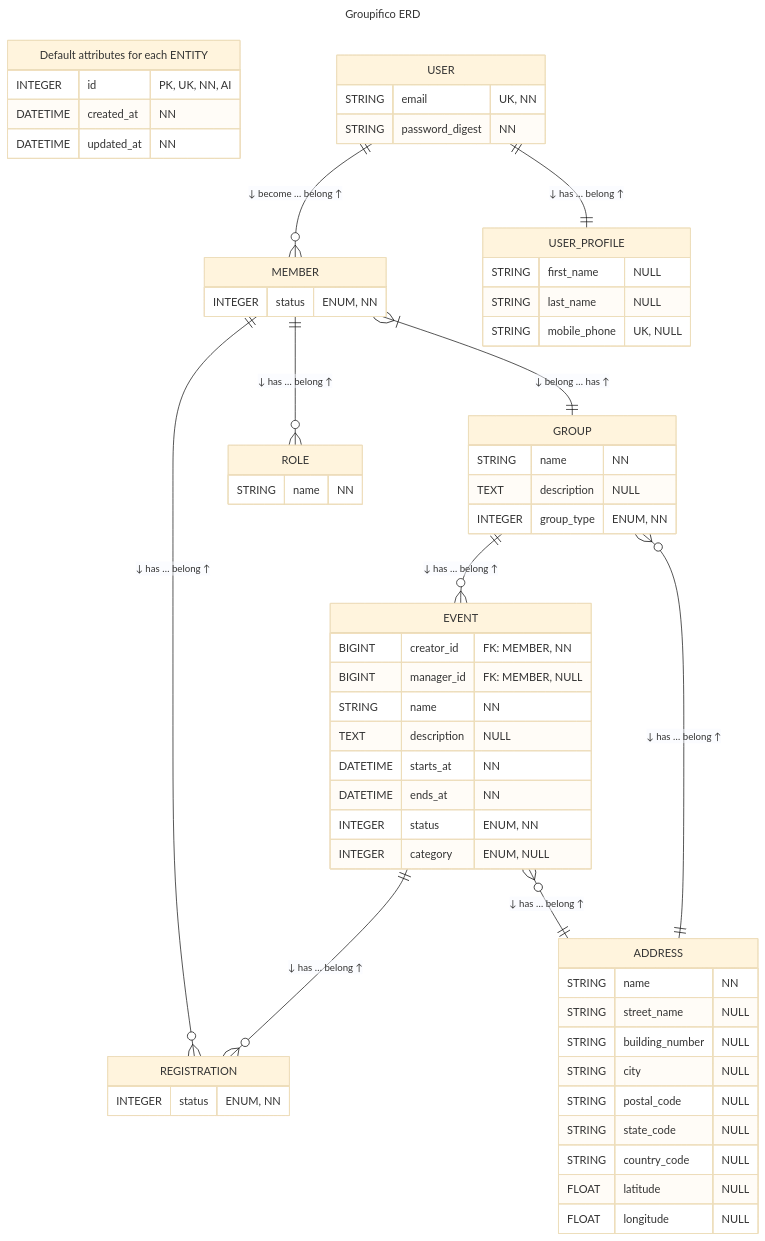
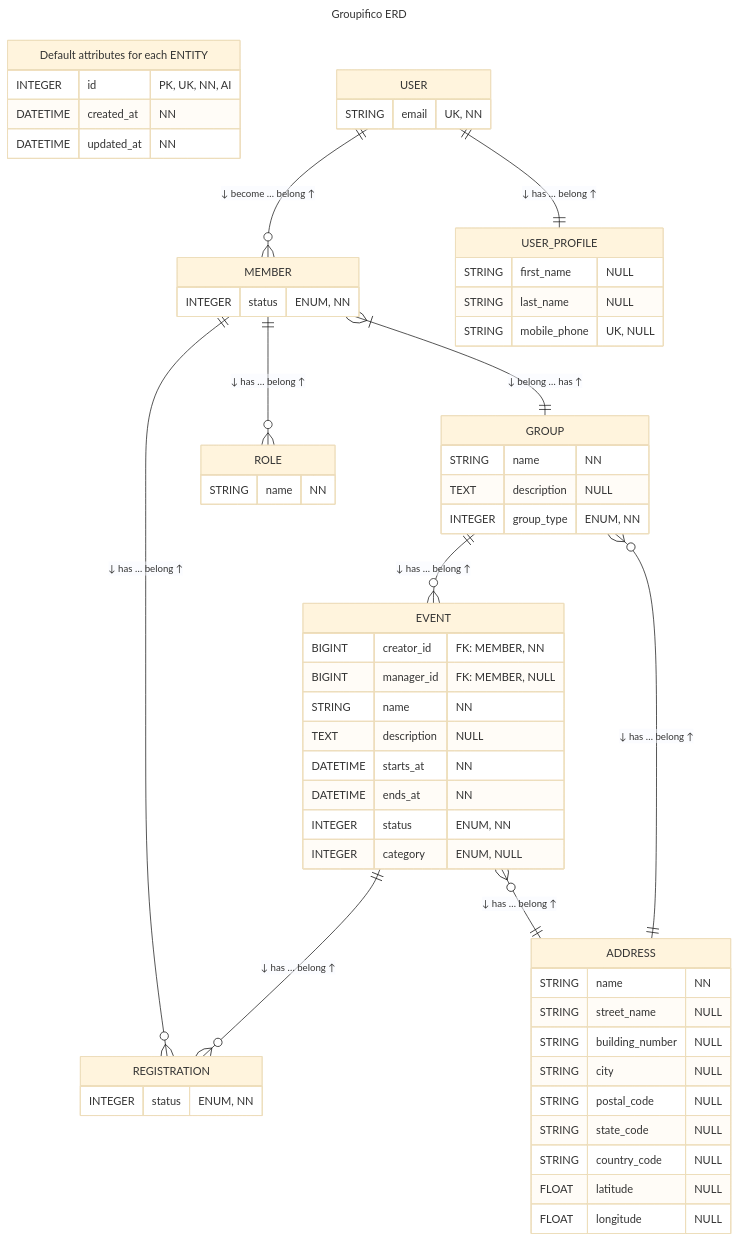
The diagram in README.md (izkreny/groupifico), drawn with Mermaid (base theme) before and after one commit. The commit also changed other lines of this file and 40 other files, not shown here.

```diff
--- a/README.md
+++ b/README.md
@@ -113,13 +113,11 @@
   %% ENTITIES
 
   %% UNIQUE INDEX (email)
-  %% FK: user_profiles and members reference users, ON DELETE CASCADE, ON UPDATE CASCADE
+  %% FK: user_profiles, members and sign_in_tokens reference users, ON DELETE CASCADE, ON UPDATE CASCADE
   %% FK: sessions references users with no options, so NO ACTION; has_many dependent: :destroy cleans them up
   USER {
     %% email limit: 250 chars. Normalised to stripped lowercase, uniqueness validated case-insensitively
-    STRING email           "UK, NN"
-    %% password_digest holds the bcrypt hash from has_secure_password. No limit declared
-    STRING password_digest "NN"
+    STRING email "UK, NN"
   }
 
   %% UNIQUE INDEX (user_id), UNIQUE INDEX (mobile_phone)
```
